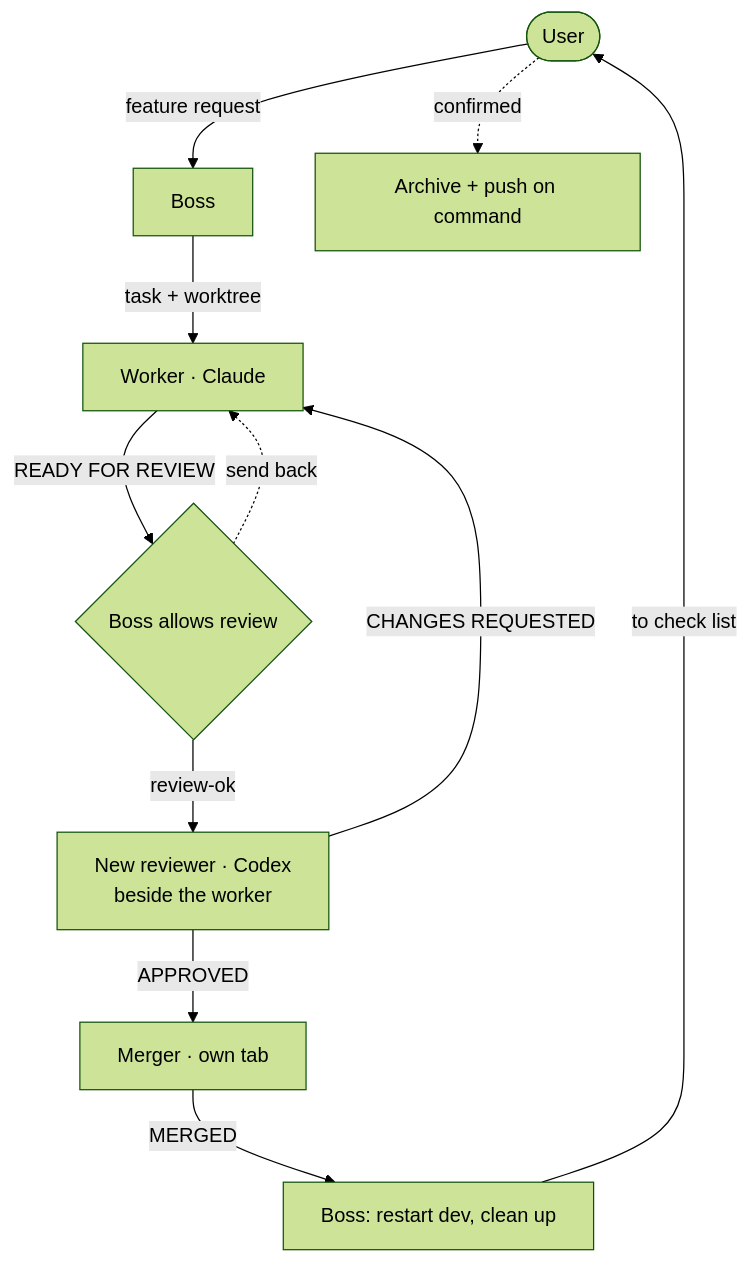
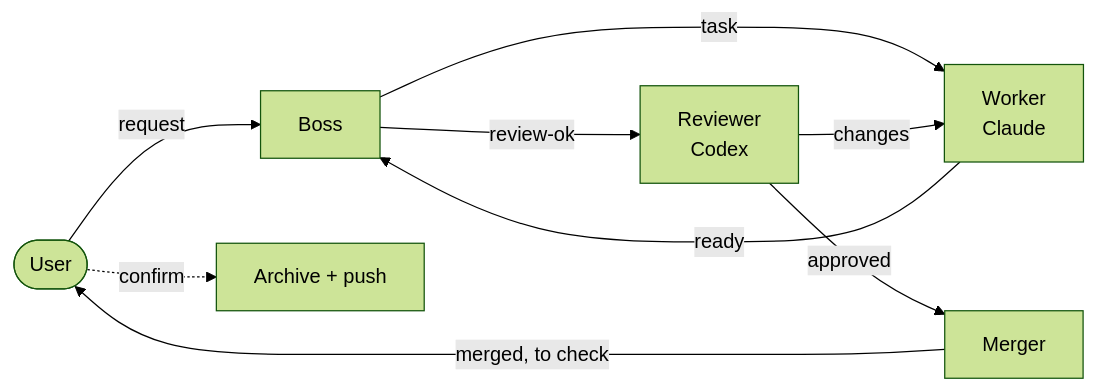
The diagram in README.md (alexzomai/leha-loop), drawn with Mermaid (forest theme) before and after one commit.

Commit message:
docs: compact the loop diagram

````diff
--- a/README.md
+++ b/README.md
@@ -57,13 +57,11 @@
 ```mermaid
-flowchart TD
-  U([User]) -->|feature request| B[Boss]
-  B -->|task + worktree| W[Worker · Claude]
-  W -->|READY FOR REVIEW| B2{Boss allows review}
-  B2 -->|review-ok| R[New reviewer · Codex<br/>beside the worker]
-  B2 -.->|send back| W
-  R -->|CHANGES REQUESTED| W
-  R -->|APPROVED| M[Merger · own tab]
-  M -->|MERGED| C[Boss: restart dev, clean up]
-  C -->|to check list| U
-  U -.->|confirmed| A[Archive + push on command]
+flowchart LR
+  U([User]) -->|request| B[Boss]
+  B -->|task| W[Worker<br/>Claude]
+  W -->|ready| B
+  B -->|review-ok| R[Reviewer<br/>Codex]
+  R -->|changes| W
+  R -->|approved| M[Merger]
+  M -->|merged, to check| U
+  U -.->|confirm| A[Archive + push]
 ```
````
